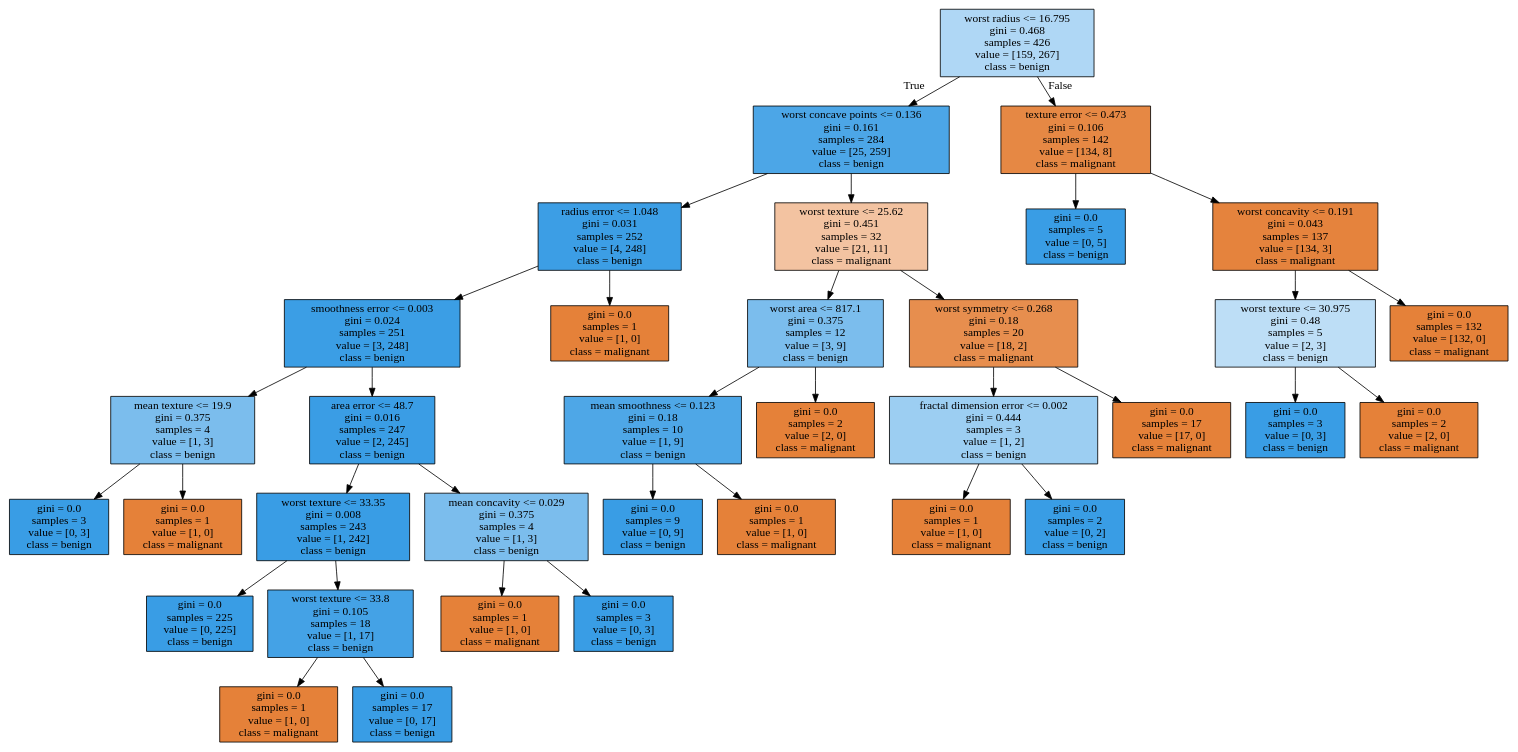
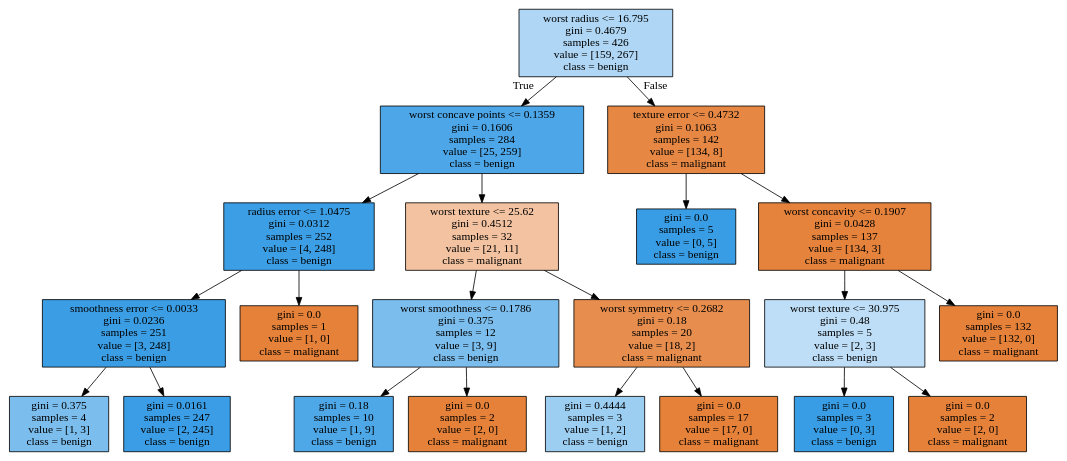
One commit to amueller/introduction_to_ml_with_python changed the diagram in tree.dot. Above: the diagram before and after it, drawn with Graphviz. The commit also changed 4 other files, not shown here.

```diff
--- a/tree.dot
+++ b/tree.dot
@@ -1,72 +1,44 @@
 digraph Tree {
 node [shape=box, style="filled", color="black"] ;
-0 [label="worst radius <= 16.795\ngini = 0.468\nsamples = 426\nvalue = [159, 267]\nclass = benign", fillcolor="#399de567"] ;
-1 [label="worst concave points <= 0.136\ngini = 0.161\nsamples = 284\nvalue = [25, 259]\nclass = benign", fillcolor="#399de5e6"] ;
+0 [label="worst radius <= 16.795\ngini = 0.4679\nsamples = 426\nvalue = [159, 267]\nclass = benign", fillcolor="#399de567"] ;
+1 [label="worst concave points <= 0.1359\ngini = 0.1606\nsamples = 284\nvalue = [25, 259]\nclass = benign", fillcolor="#399de5e6"] ;
 0 -> 1 [labeldistance=2.5, labelangle=45, headlabel="True"] ;
-2 [label="radius error <= 1.048\ngini = 0.031\nsamples = 252\nvalue = [4, 248]\nclass = benign", fillcolor="#399de5fb"] ;
+2 [label="radius error <= 1.0475\ngini = 0.0312\nsamples = 252\nvalue = [4, 248]\nclass = benign", fillcolor="#399de5fb"] ;
 1 -> 2 ;
-3 [label="smoothness error <= 0.003\ngini = 0.024\nsamples = 251\nvalue = [3, 248]\nclass = benign", fillcolor="#399de5fc"] ;
+3 [label="smoothness error <= 0.0033\ngini = 0.0236\nsamples = 251\nvalue = [3, 248]\nclass = benign", fillcolor="#399de5fc"] ;
 2 -> 3 ;
-4 [label="mean texture <= 19.9\ngini = 0.375\nsamples = 4\nvalue = [1, 3]\nclass = benign", fillcolor="#399de5aa"] ;
+4 [label="gini = 0.375\nsamples = 4\nvalue = [1, 3]\nclass = benign", fillcolor="#399de5aa"] ;
 3 -> 4 ;
-5 [label="gini = 0.0\nsamples = 3\nvalue = [0, 3]\nclass = benign", fillcolor="#399de5ff"] ;
-4 -> 5 ;
+5 [label="gini = 0.0161\nsamples = 247\nvalue = [2, 245]\nclass = benign", fillcolor="#399de5fd"] ;
+3 -> 5 ;
 6 [label="gini = 0.0\nsamples = 1\nvalue = [1, 0]\nclass = malignant", fillcolor="#e58139ff"] ;
-4 -> 6 ;
-7 [label="area error <= 48.7\ngini = 0.016\nsamples = 247\nvalue = [2, 245]\nclass = benign", fillcolor="#399de5fd"] ;
-3 -> 7 ;
-8 [label="worst texture <= 33.35\ngini = 0.008\nsamples = 243\nvalue = [1, 242]\nclass = benign", fillcolor="#399de5fe"] ;
+2 -> 6 ;
+7 [label="worst texture <= 25.62\ngini = 0.4512\nsamples = 32\nvalue = [21, 11]\nclass = malignant", fillcolor="#e5813979"] ;
+1 -> 7 ;
+8 [label="worst smoothness <= 0.1786\ngini = 0.375\nsamples = 12\nvalue = [3, 9]\nclass = benign", fillcolor="#399de5aa"] ;
 7 -> 8 ;
-9 [label="gini = 0.0\nsamples = 225\nvalue = [0, 225]\nclass = benign", fillcolor="#399de5ff"] ;
+9 [label="gini = 0.18\nsamples = 10\nvalue = [1, 9]\nclass = benign", fillcolor="#399de5e3"] ;
 8 -> 9 ;
-10 [label="worst texture <= 33.8\ngini = 0.105\nsamples = 18\nvalue = [1, 17]\nclass = benign", fillcolor="#399de5f0"] ;
+10 [label="gini = 0.0\nsamples = 2\nvalue = [2, 0]\nclass = malignant", fillcolor="#e58139ff"] ;
 8 -> 10 ;
-11 [label="gini = 0.0\nsamples = 1\nvalue = [1, 0]\nclass = malignant", fillcolor="#e58139ff"] ;
-10 -> 11 ;
-12 [label="gini = 0.0\nsamples = 17\nvalue = [0, 17]\nclass = benign", fillcolor="#399de5ff"] ;
-10 -> 12 ;
-13 [label="mean concavity <= 0.029\ngini = 0.375\nsamples = 4\nvalue = [1, 3]\nclass = benign", fillcolor="#399de5aa"] ;
-7 -> 13 ;
-14 [label="gini = 0.0\nsamples = 1\nvalue = [1, 0]\nclass = malignant", fillcolor="#e58139ff"] ;
-13 -> 14 ;
-15 [label="gini = 0.0\nsamples = 3\nvalue = [0, 3]\nclass = benign", fillcolor="#399de5ff"] ;
-13 -> 15 ;
-16 [label="gini = 0.0\nsamples = 1\nvalue = [1, 0]\nclass = malignant", fillcolor="#e58139ff"] ;
-2 -> 16 ;
-17 [label="worst texture <= 25.62\ngini = 0.451\nsamples = 32\nvalue = [21, 11]\nclass = malignant", fillcolor="#e5813979"] ;
-1 -> 17 ;
-18 [label="worst area <= 817.1\ngini = 0.375\nsamples = 12\nvalue = [3, 9]\nclass = benign", fillcolor="#399de5aa"] ;
+11 [label="worst symmetry <= 0.2682\ngini = 0.18\nsamples = 20\nvalue = [18, 2]\nclass = malignant", fillcolor="#e58139e3"] ;
+7 -> 11 ;
+12 [label="gini = 0.4444\nsamples = 3\nvalue = [1, 2]\nclass = benign", fillcolor="#399de57f"] ;
+11 -> 12 ;
+13 [label="gini = 0.0\nsamples = 17\nvalue = [17, 0]\nclass = malignant", fillcolor="#e58139ff"] ;
+11 -> 13 ;
+14 [label="texture error <= 0.4732\ngini = 0.1063\nsamples = 142\nvalue = [134, 8]\nclass = malignant", fillcolor="#e58139f0"] ;
+0 -> 14 [labeldistance=2.5, labelangle=-45, headlabel="False"] ;
+15 [label="gini = 0.0\nsamples = 5\nvalue = [0, 5]\nclass = benign", fillcolor="#399de5ff"] ;
+14 -> 15 ;
+16 [label="worst concavity <= 0.1907\ngini = 0.0428\nsamples = 137\nvalue = [134, 3]\nclass = malignant", fillcolor="#e58139f9"] ;
+14 -> 16 ;
+17 [label="worst texture <= 30.975\ngini = 0.48\nsamples = 5\nvalue = [2, 3]\nclass = benign", fillcolor="#399de555"] ;
+16 -> 17 ;
+18 [label="gini = 0.0\nsamples = 3\nvalue = [0, 3]\nclass = benign", fillcolor="#399de5ff"] ;
 17 -> 18 ;
-19 [label="mean smoothness <= 0.123\ngini = 0.18\nsamples = 10\nvalue = [1, 9]\nclass = benign", fillcolor="#399de5e3"] ;
-18 -> 19 ;
-20 [label="gini = 0.0\nsamples = 9\nvalue = [0, 9]\nclass = benign", fillcolor="#399de5ff"] ;
-19 -> 20 ;
-21 [label="gini = 0.0\nsamples = 1\nvalue = [1, 0]\nclass = malignant", fillcolor="#e58139ff"] ;
-19 -> 21 ;
-22 [label="gini = 0.0\nsamples = 2\nvalue = [2, 0]\nclass = malignant", fillcolor="#e58139ff"] ;
-18 -> 22 ;
-23 [label="worst symmetry <= 0.268\ngini = 0.18\nsamples = 20\nvalue = [18, 2]\nclass = malignant", fillcolor="#e58139e3"] ;
-17 -> 23 ;
-24 [label="fractal dimension error <= 0.002\ngini = 0.444\nsamples = 3\nvalue = [1, 2]\nclass = benign", fillcolor="#399de57f"] ;
-23 -> 24 ;
-25 [label="gini = 0.0\nsamples = 1\nvalue = [1, 0]\nclass = malignant", fillcolor="#e58139ff"] ;
-24 -> 25 ;
-26 [label="gini = 0.0\nsamples = 2\nvalue = [0, 2]\nclass = benign", fillcolor="#399de5ff"] ;
-24 -> 26 ;
-27 [label="gini = 0.0\nsamples = 17\nvalue = [17, 0]\nclass = malignant", fillcolor="#e58139ff"] ;
-23 -> 27 ;
-28 [label="texture error <= 0.473\ngini = 0.106\nsamples = 142\nvalue = [134, 8]\nclass = malignant", fillcolor="#e58139f0"] ;
-0 -> 28 [labeldistance=2.5, labelangle=-45, headlabel="False"] ;
-29 [label="gini = 0.0\nsamples = 5\nvalue = [0, 5]\nclass = benign", fillcolor="#399de5ff"] ;
-28 -> 29 ;
-30 [label="worst concavity <= 0.191\ngini = 0.043\nsamples = 137\nvalue = [134, 3]\nclass = malignant", fillcolor="#e58139f9"] ;
-28 -> 30 ;
-31 [label="worst texture <= 30.975\ngini = 0.48\nsamples = 5\nvalue = [2, 3]\nclass = benign", fillcolor="#399de555"] ;
-30 -> 31 ;
-32 [label="gini = 0.0\nsamples = 3\nvalue = [0, 3]\nclass = benign", fillcolor="#399de5ff"] ;
-31 -> 32 ;
-33 [label="gini = 0.0\nsamples = 2\nvalue = [2, 0]\nclass = malignant", fillcolor="#e58139ff"] ;
-31 -> 33 ;
-34 [label="gini = 0.0\nsamples = 132\nvalue = [132, 0]\nclass = malignant", fillcolor="#e58139ff"] ;
-30 -> 34 ;
+19 [label="gini = 0.0\nsamples = 2\nvalue = [2, 0]\nclass = malignant", fillcolor="#e58139ff"] ;
+17 -> 19 ;
+20 [label="gini = 0.0\nsamples = 132\nvalue = [132, 0]\nclass = malignant", fillcolor="#e58139ff"] ;
+16 -> 20 ;
 }
```
